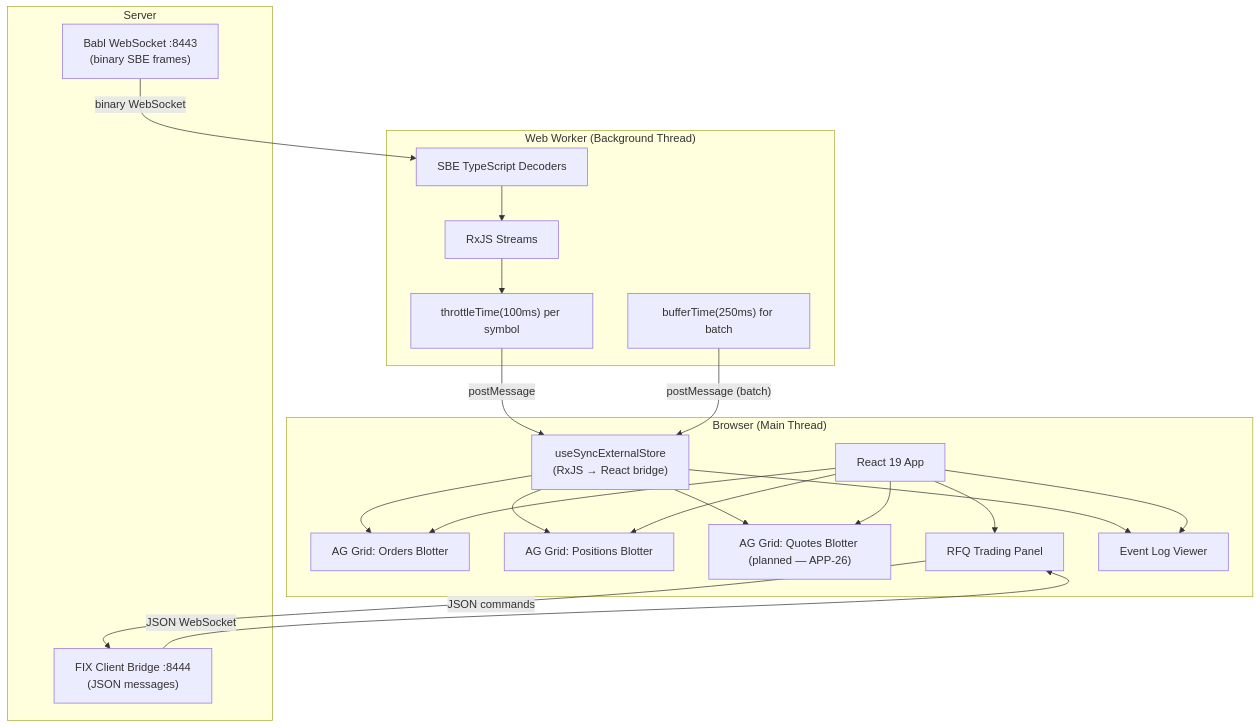
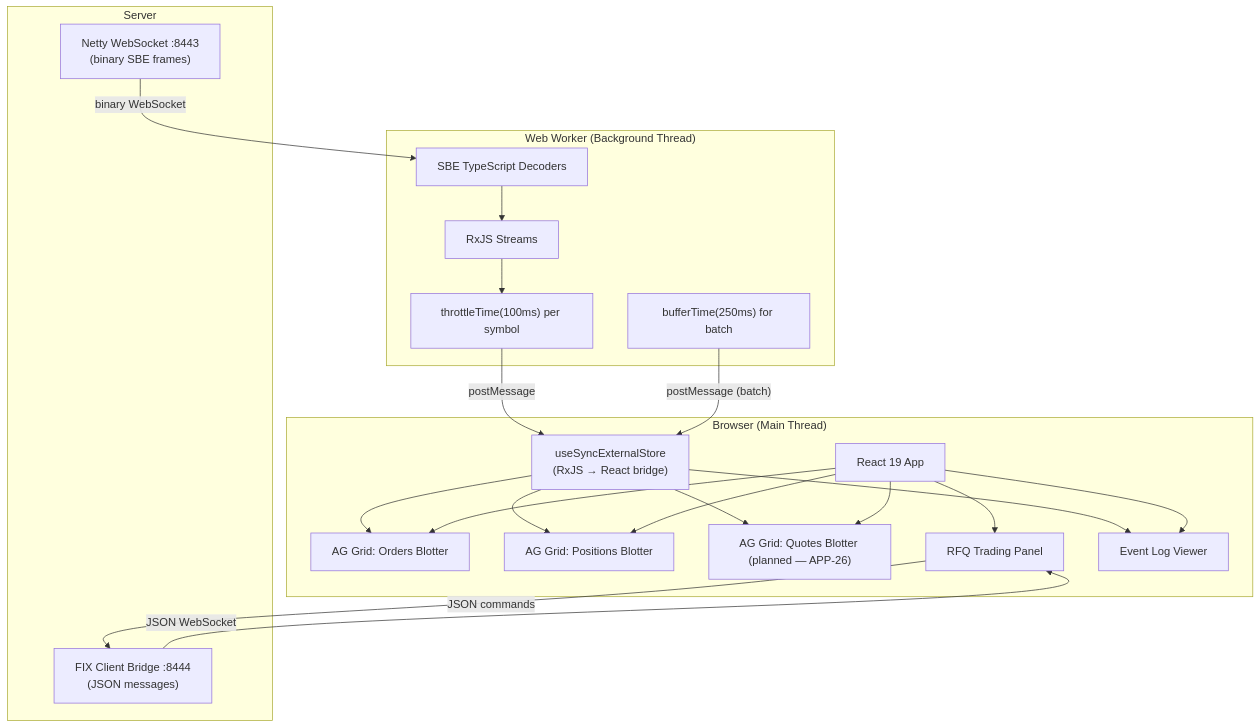
One commit to jsohi/app-trading-engine changed the diagram in docs/web-ui.md. Above: the diagram before and after it, drawn with Mermaid. The commit also changed other lines of this file and 11 other files, not shown here.

First line of the commit message:
APP-35: rename Babl → Netty across all design docs + add websocket architecture doc

````diff
--- a/docs/web-ui.md
+++ b/docs/web-ui.md
@@ -5,44 +5,44 @@
 ```mermaid
 graph TB
     subgraph Browser["Browser (Main Thread)"]
         React["React 19 App"]
         AG1["AG Grid: Orders Blotter"]
         AG2["AG Grid: Positions Blotter"]
         AG3["AG Grid: Quotes Blotter (planned — APP-26)"]
         RFQ["RFQ Trading Panel"]
         EVT["Event Log Viewer"]
         Store["useSyncExternalStore<br/>(RxJS → React bridge)"]
     end
 
     subgraph Worker["Web Worker (Background Thread)"]
         SBE["SBE TypeScript Decoders"]
         RxJS["RxJS Streams"]
         Throttle["throttleTime(100ms) per symbol"]
         Buffer["bufferTime(250ms) for batch"]
     end
 
     subgraph Server["Server"]
-        Babl["Babl WebSocket :8443<br/>(binary SBE frames)"]
+        Netty["Netty WebSocket :8443<br/>(binary SBE frames)"]
         FIXBridge["FIX Client Bridge :8444<br/>(JSON messages)"]
     end
 
-    Babl -- "binary WebSocket" --> SBE
+    Netty -- "binary WebSocket" --> SBE
     SBE --> RxJS
     RxJS --> Throttle
     Throttle -- "postMessage" --> Store
     Store --> AG1
     Store --> AG2
     Store --> AG3
     Buffer -- "postMessage (batch)" --> Store
 
     FIXBridge -- "JSON WebSocket" --> RFQ
     RFQ -- "JSON commands" --> FIXBridge
 
     Store --> EVT
 
     React --> AG1
     React --> AG2
     React --> AG3
     React --> RFQ
     React --> EVT
 ```
````
